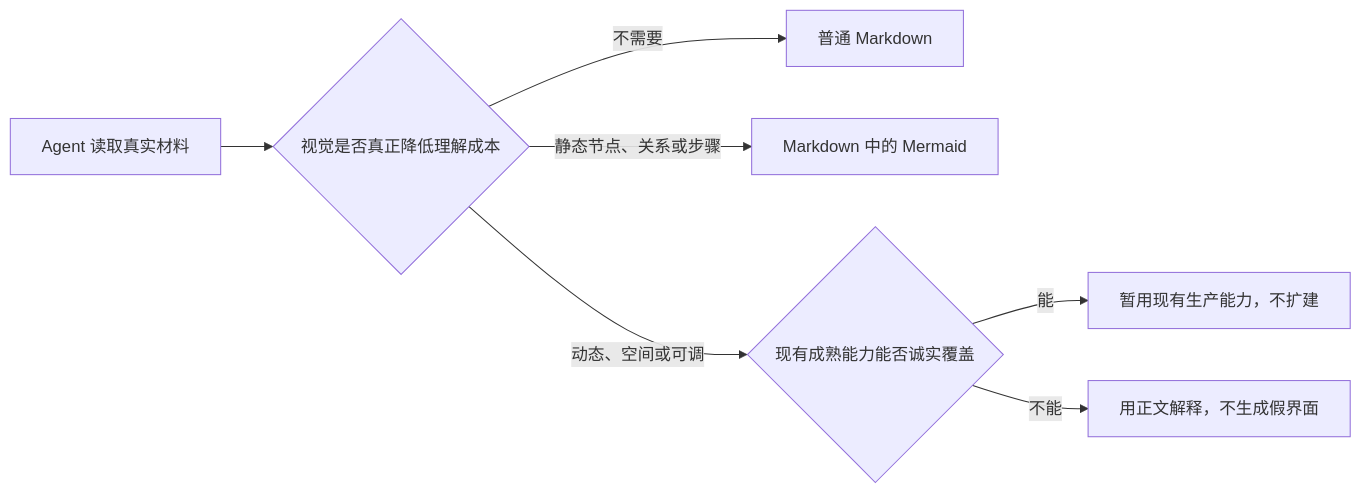
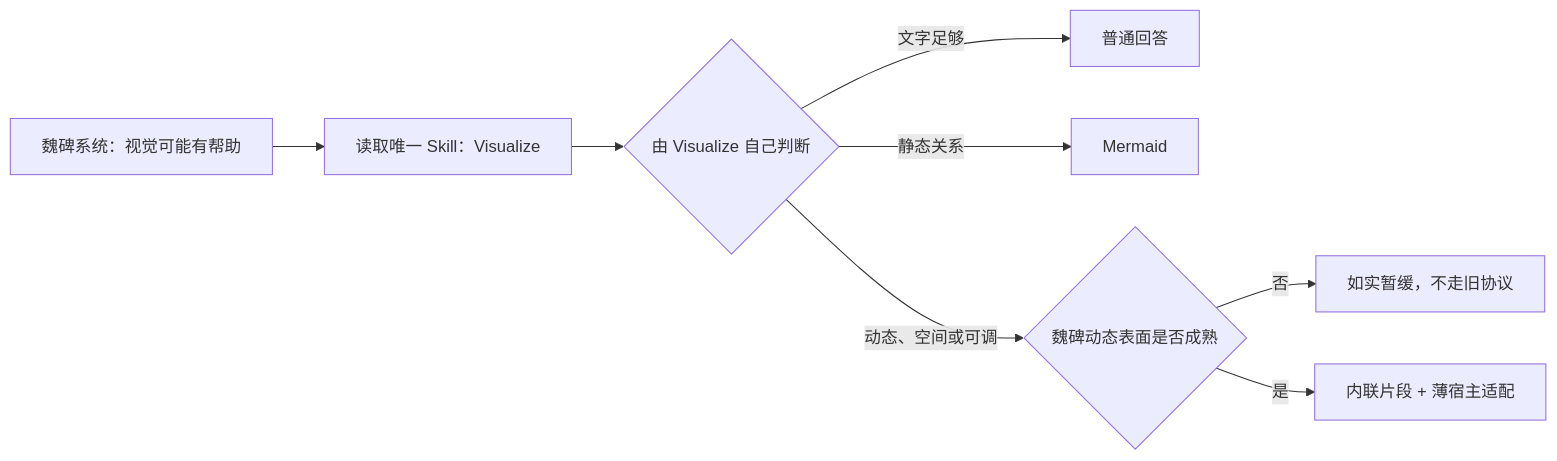
The diagram in Docs/生成式界面基础与Visualize借鉴.md (WroughtMind/weibei), drawn with Mermaid before and after one commit. The commit also changed other lines of this file and 2 other files, not shown here.

Commit message:
收口原版 Visualize 直接接入边界

````diff
--- a/Docs/生成式界面基础与Visualize借鉴.md
+++ b/Docs/生成式界面基础与Visualize借鉴.md
@@ -29,9 +28,10 @@
 ```mermaid
 flowchart LR
-    A["Agent 读取真实材料"] --> B{"视觉是否真正降低理解成本"}
-    B -- "不需要" --> T["普通 Markdown"]
-    B -- "静态节点、关系或步骤" --> M["Markdown 中的 Mermaid"]
-    B -- "动态、空间或可调" --> D{"现有成熟能力能否诚实覆盖"}
-    D -- "能" --> E["暂用现有生产能力，不扩建"]
-    D -- "不能" --> F["用正文解释，不生成假界面"]
+    A["魏碑系统：视觉可能有帮助"] --> B["读取唯一 Skill：Visualize"]
+    B --> C{"由 Visualize 自己判断"}
+    C -- "文字足够" --> D["普通回答"]
+    C -- "静态关系" --> E["Mermaid"]
+    C -- "动态、空间或可调" --> F{"魏碑动态表面是否成熟"}
+    F -- "否" --> G["如实暂缓，不走旧协议"]
+    F -- "是" --> H["内联片段 + 薄宿主适配"]
 ```
````
